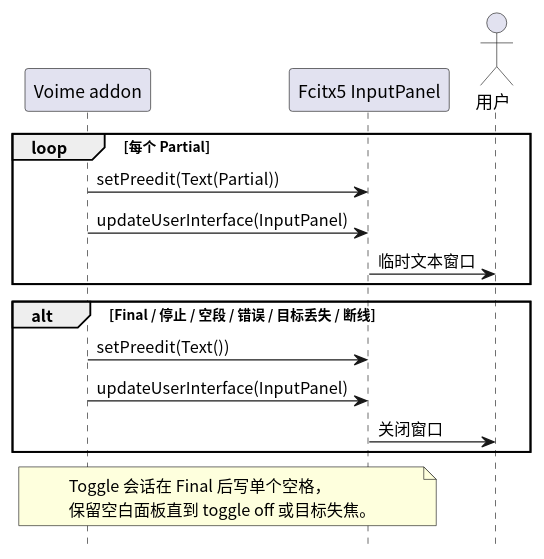
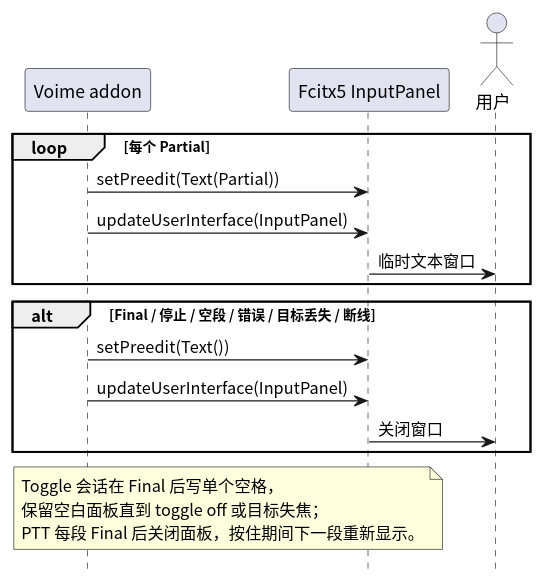
One commit to 54m43lJ/voime changed the diagram in frontends/fcitx/diagram/fcitx-panel.puml. Above: the diagram before and after it, drawn with PlantUML. The commit also changed 39 other files, not shown here.

```diff
--- a/frontends/fcitx/diagram/fcitx-panel.puml
+++ b/frontends/fcitx/diagram/fcitx-panel.puml
@@ -1,26 +1,27 @@
 @startuml
 skinparam defaultFontName "Noto Sans CJK SC"
 skinparam shadowing false
 hide footbox
 
 participant "Voime addon" as Addon
 participant "Fcitx5 InputPanel" as Panel
 actor "用户" as User
 
 loop 每个 Partial
   Addon -> Panel : setPreedit(Text(Partial))
   Addon -> Panel : updateUserInterface(InputPanel)
   Panel -> User : 临时文本窗口
 end
 
 alt Final / 停止 / 空段 / 错误 / 目标丢失 / 断线
   Addon -> Panel : setPreedit(Text())
   Addon -> Panel : updateUserInterface(InputPanel)
   Panel -> User : 关闭窗口
 end
 
 note over Addon, Panel
   Toggle 会话在 Final 后写单个空格，
-  保留空白面板直到 toggle off 或目标失焦。
+  保留空白面板直到 toggle off 或目标失焦；
+  PTT 每段 Final 后关闭面板，按住期间下一段重新显示。
 end note
 @enduml
```
